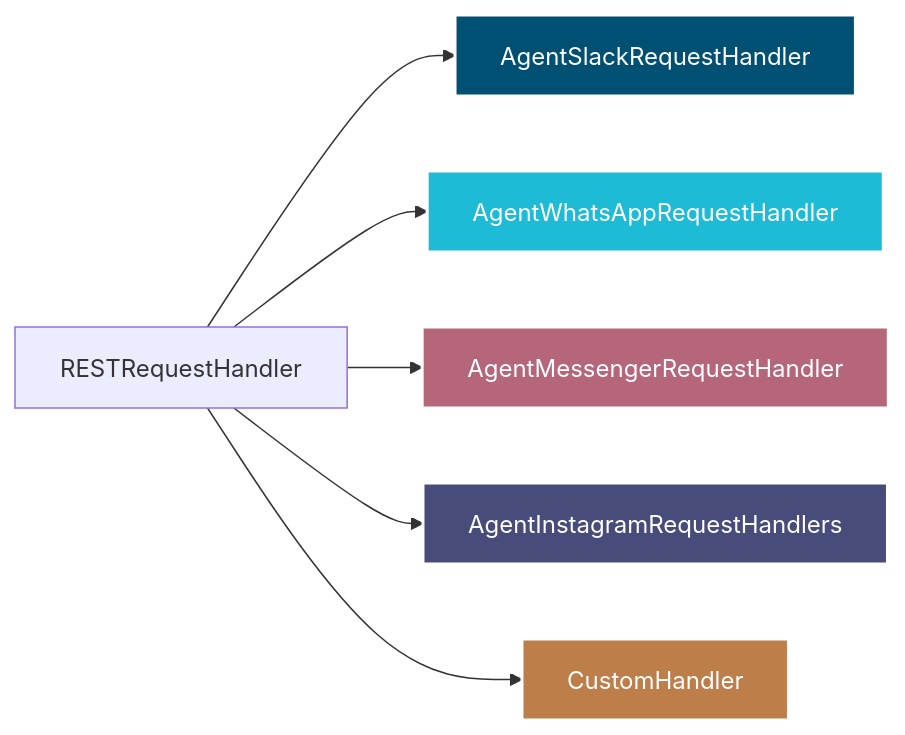
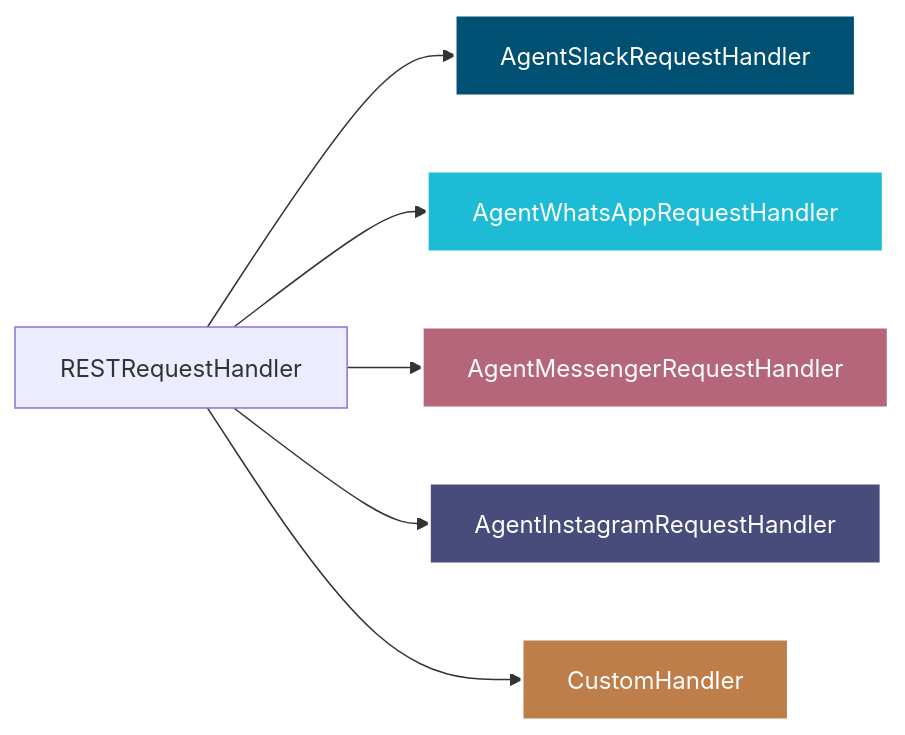
Before and after one commit to yaalalabs/agent-kernel: the second of 2 diagrams in docs/docs/integrations/overview.md, drawn with Mermaid. The commit also changed other lines of this file, not shown here.

Commit message:
PR comments handled

````diff
--- a/docs/docs/integrations/overview.md
+++ b/docs/docs/integrations/overview.md
@@ -40,16 +40,16 @@
 ```mermaid
 ---
 config:
   layout: dagre
   elk: true
 ---
 flowchart LR
     
-    D["RESTRequestHandler"] --> I["AgentSlackRequestHandler"] & J["AgentWhatsAppRequestHandler"] & K["AgentMessengerRequestHandler"] & M["AgentInstagramRequestHandlers"] & N["CustomHandler"]
+    D["RESTRequestHandler"] --> I["AgentSlackRequestHandler"] & J["AgentWhatsAppRequestHandler"] & K["AgentMessengerRequestHandler"] & M["AgentInstagramRequestHandler"] & N["CustomHandler"]
 
     style I fill:#005073,stroke:#fff,stroke-width:2px,color:#fff
     style J fill:#1ebbd7,stroke:#fff,stroke-width:2px,color:#fff
     style K fill:#b5667b,stroke:#fff,stroke-width:2px,color:#fff
     style M fill:#484c7a,stroke:#fff,stroke-width:2px,color:#fff
     style N fill:#bd7e4a,stroke:#fff,stroke-width:2px,color:#fff
 ```
````
